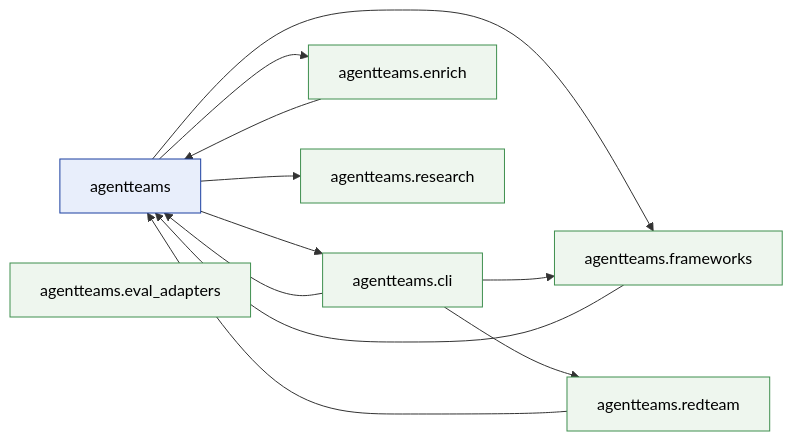
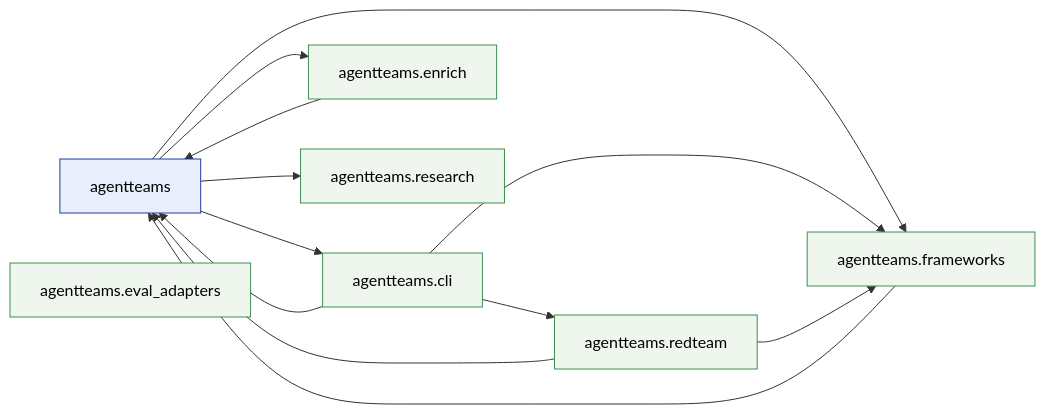
The first of 2 diagrams in references/architecture-graph.md (jlcatonjr/agentteams), drawn with Mermaid before and after one commit. The commit also changed other lines of this file and 28 other files, not shown here.

````diff
--- a/references/architecture-graph.md
+++ b/references/architecture-graph.md
@@ -198,29 +200,30 @@
 ```mermaid
 flowchart LR
     classDef root fill:#e8eefb,stroke:#1b3fa0,color:#000
     classDef sub  fill:#eef6ee,stroke:#3f8f4f,color:#000
     agentteams["agentteams"]
     class agentteams root
     agentteams_cli["agentteams.cli"]
     class agentteams_cli sub
     agentteams_enrich["agentteams.enrich"]
     class agentteams_enrich sub
     agentteams_eval_adapters["agentteams.eval_adapters"]
     class agentteams_eval_adapters sub
     agentteams_frameworks["agentteams.frameworks"]
     class agentteams_frameworks sub
     agentteams_redteam["agentteams.redteam"]
     class agentteams_redteam sub
     agentteams_research["agentteams.research"]
     class agentteams_research sub
     agentteams --> agentteams_cli
     agentteams --> agentteams_enrich
     agentteams --> agentteams_frameworks
     agentteams --> agentteams_research
     agentteams_cli --> agentteams
     agentteams_cli --> agentteams_frameworks
     agentteams_cli --> agentteams_redteam
     agentteams_enrich --> agentteams
     agentteams_frameworks --> agentteams
     agentteams_redteam --> agentteams
+    agentteams_redteam --> agentteams_frameworks
 ```
````
